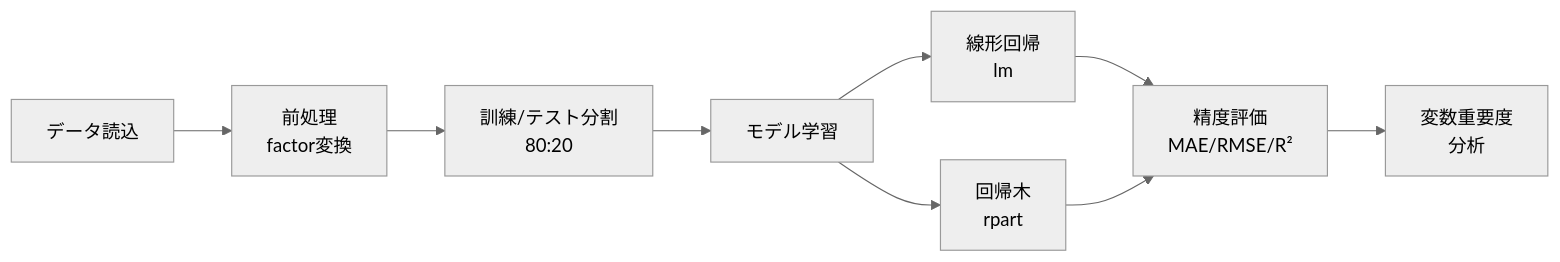
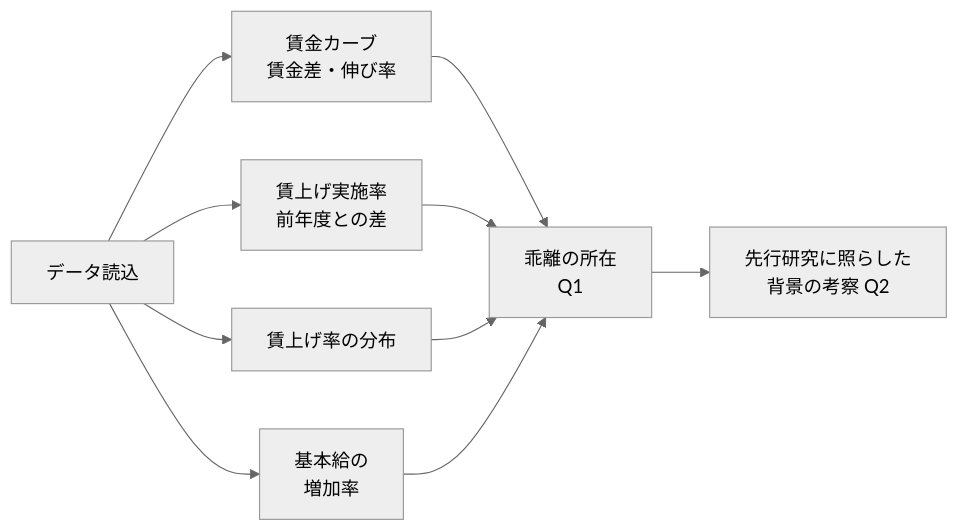
Before and after one commit to s24110068/seminar-research-2026-autumn: the diagram in 03_分析手法.qmd, drawn with Mermaid (neutral theme). The commit also changed other lines of this file and 63 other files, not shown here.

````diff
--- a/03_分析手法.qmd
+++ b/03_分析手法.qmd
@@ -102,13 +45,14 @@
 ```{mermaid}
 %%| label: fig-pipeline
-%%| fig-cap: "分析パイプライン"
+%%| fig-cap: "分析の流れ"
 flowchart LR
-    A[データ読込] --> B[前処理<br>factor変換]
-    B --> C[訓練/テスト分割<br>80:20]
-    C --> D[モデル学習]
-    D --> E1[線形回帰<br>lm]
-    D --> E2[回帰木<br>rpart]
-    E1 --> F[精度評価<br>MAE/RMSE/R²]
-    E2 --> F
-    F --> G[変数重要度<br>分析]
+    A[データ読込] --> B[賃金カーブ<br>賃金差・伸び率]
+    A --> C[賃上げ実施率<br>前年度との差]
+    A --> D[賃上げ率の分布]
+    A --> E[基本給の<br>増加率]
+    B --> F[乖離の所在<br>Q1]
+    C --> F
+    D --> F
+    E --> F
+    F --> G[先行研究に照らした<br>背景の考察 Q2]
 ```
````
